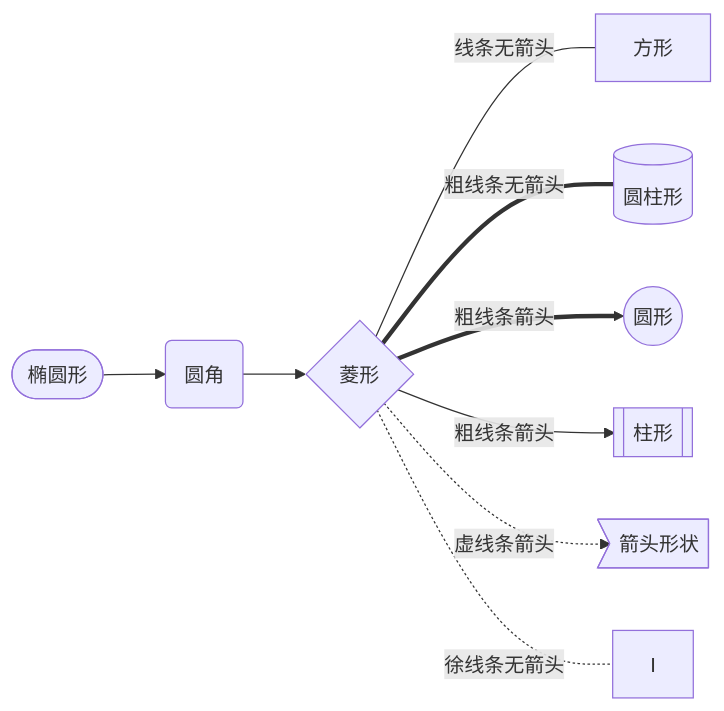
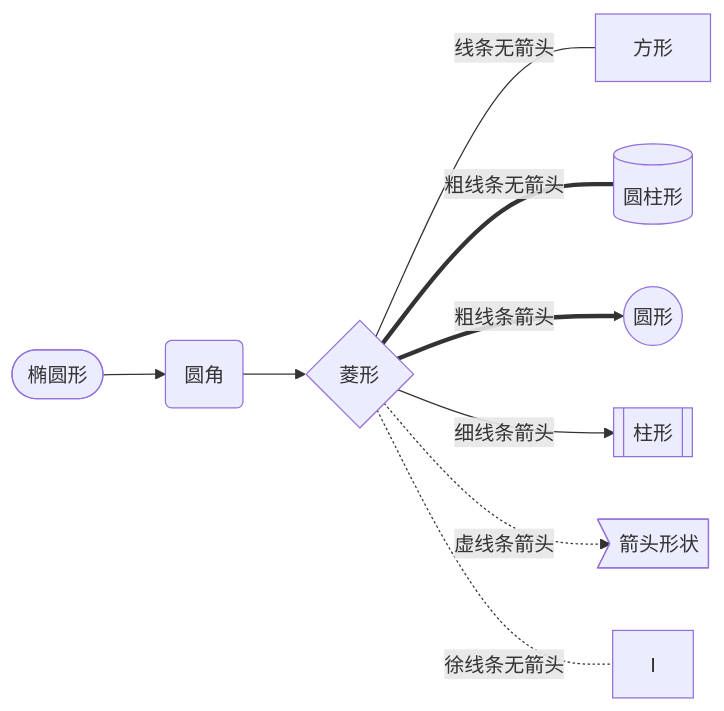
One commit to dxslin/SlinNotes changed the first of 18 diagrams in docs/help/4. Mermaid.md. Above: the diagram before and after it, drawn with Mermaid. The commit also changed other lines of this file and 2 other files, not shown here.

````diff
--- a/docs/help/4. Mermaid.md
+++ b/docs/help/4. Mermaid.md
@@ -7,12 +7,12 @@
 ```mermaid
 %% LR表示从左到右布局，TB表示从上到下布局
 graph LR
 A([椭圆形]) -->B(圆角)
     B --> C{菱形}
     C ---|线条无箭头| D[方形]
     C ===|粗线条无箭头| E[(圆柱形)]
     C ==>|粗线条箭头| F((圆形))
-    C -->|粗线条箭头| G[[柱形]]
+    C -->|细线条箭头| G[[柱形]]
     C -.虚线条箭头.->H>箭头形状]
     C -.徐线条无箭头.-I[I]
 ```
````
